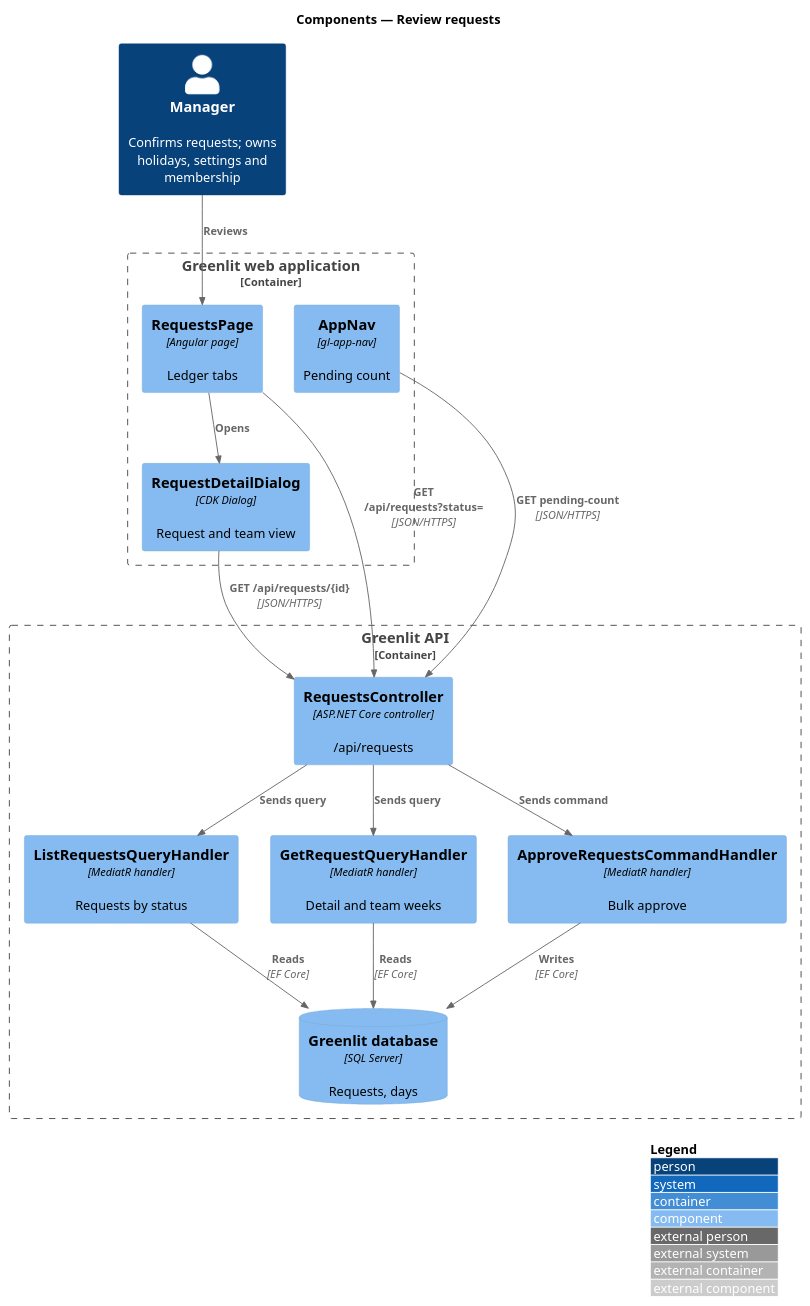
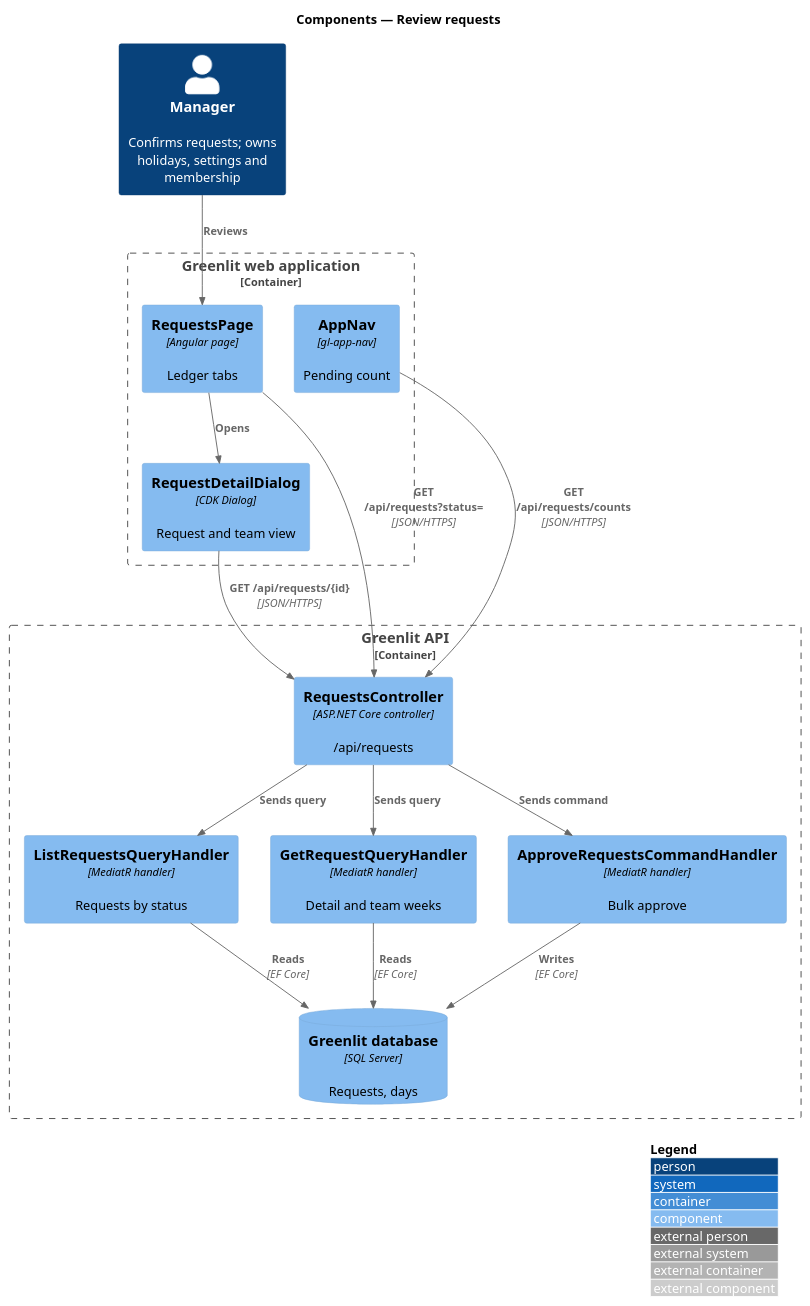
The diagram in docs/detailed-designs/requests/review-requests/diagrams/c4-component.puml (QuinntyneBrown/greenlit), drawn with PlantUML before and after one commit. The commit also changed 11 other files, not shown here.

Commit message:
Review requests: tick several pending requests and approve them together with one summary toast and one Undo (L2-026), docs and estimates

```diff
--- a/docs/detailed-designs/requests/review-requests/diagrams/c4-component.puml
+++ b/docs/detailed-designs/requests/review-requests/diagrams/c4-component.puml
@@ -1,31 +1,31 @@
 @startuml
 !include <C4/C4_Component>
 LAYOUT_WITH_LEGEND()
 title Components — Review requests
 
 Person(manager, "Manager", "Confirms requests; owns holidays, settings and membership")
 Container_Boundary(spa_b, "Greenlit web application") {
   Component(page, "RequestsPage", "Angular page", "Ledger tabs")
   Component(detail, "RequestDetailDialog", "CDK Dialog", "Request and team view")
   Component(nav, "AppNav", "gl-app-nav", "Pending count")
 }
 Container_Boundary(api_b, "Greenlit API") {
   Component(ctrl, "RequestsController", "ASP.NET Core controller", "/api/requests")
   Component(list, "ListRequestsQueryHandler", "MediatR handler", "Requests by status")
   Component(get, "GetRequestQueryHandler", "MediatR handler", "Detail and team weeks")
   Component(bulk, "ApproveRequestsCommandHandler", "MediatR handler", "Bulk approve")
   ComponentDb(db, "Greenlit database", "SQL Server", "Requests, days")
 }
 
 Rel(manager, page, "Reviews")
 Rel(page, detail, "Opens")
 Rel(page, ctrl, "GET /api/requests?status=", "JSON/HTTPS")
 Rel(detail, ctrl, "GET /api/requests/{id}", "JSON/HTTPS")
-Rel(nav, ctrl, "GET pending-count", "JSON/HTTPS")
+Rel(nav, ctrl, "GET /api/requests/counts", "JSON/HTTPS")
 Rel(ctrl, list, "Sends query")
 Rel(ctrl, get, "Sends query")
 Rel(ctrl, bulk, "Sends command")
 Rel(list, db, "Reads", "EF Core")
 Rel(get, db, "Reads", "EF Core")
 Rel(bulk, db, "Writes", "EF Core")
 @enduml
```
